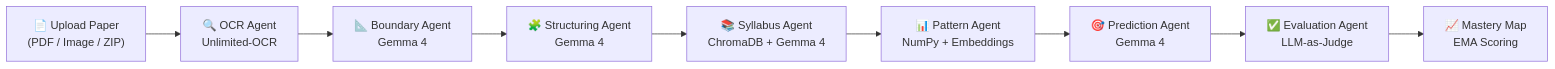
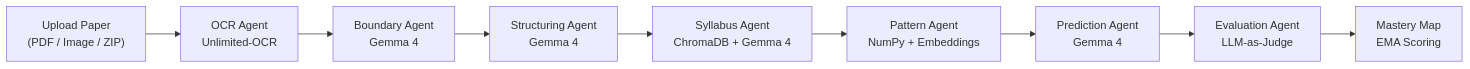
The first of 3 diagrams in docs/PROJECT_REPORT.md (Arsha82/exam-analytics-ai), drawn with Mermaid before and after one commit. The commit also changed other lines of this file, not shown here.

````diff
--- a/docs/PROJECT_REPORT.md
+++ b/docs/PROJECT_REPORT.md
@@ -10,11 +10,11 @@
 ```mermaid
 flowchart LR
-    A["📄 Upload Paper<br/>(PDF / Image / ZIP)"] --> B["🔍 OCR Agent<br/>Unlimited-OCR"]
-    B --> B2["📐 Boundary Agent<br/>Gemma 4"]
-    B2 --> C["🧩 Structuring Agent<br/>Gemma 4"]
-    C --> D["📚 Syllabus Agent<br/>ChromaDB + Gemma 4"]
-    D --> E["📊 Pattern Agent<br/>NumPy + Embeddings"]
-    E --> F["🎯 Prediction Agent<br/>Gemma 4"]
-    F --> G["✅ Evaluation Agent<br/>LLM-as-Judge"]
-    G --> H["📈 Mastery Map<br/>EMA Scoring"]
+    A["Upload Paper<br/>(PDF / Image / ZIP)"] --> B["OCR Agent<br/>Unlimited-OCR"]
+    B --> B2["Boundary Agent<br/>Gemma 4"]
+    B2 --> C["Structuring Agent<br/>Gemma 4"]
+    C --> D["Syllabus Agent<br/>ChromaDB + Gemma 4"]
+    D --> E["Pattern Agent<br/>NumPy + Embeddings"]
+    E --> F["Prediction Agent<br/>Gemma 4"]
+    F --> G["Evaluation Agent<br/>LLM-as-Judge"]
+    G --> H["Mastery Map<br/>EMA Scoring"]
 ```
````
